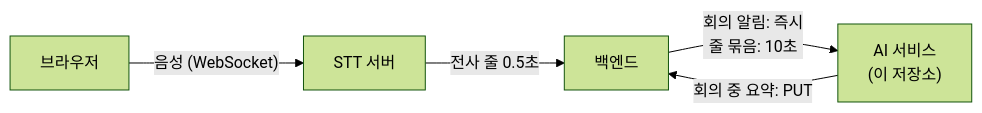
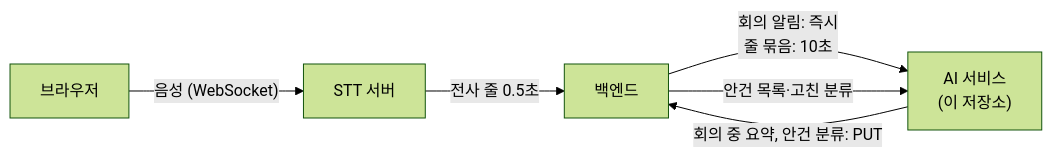
Before and after one commit to nineOuting/nineouting-ai-service: the diagram in README.md, drawn with Mermaid (forest theme). The commit also changed other lines of this file and 4 other files, not shown here.

````diff
--- a/README.md
+++ b/README.md
@@ -11,7 +11,8 @@
 ```mermaid
 flowchart LR
     A["브라우저"] -->|"음성 (WebSocket)"| B["STT 서버"]
     B -->|"전사 줄 0.5초"| C["백엔드"]
     C -->|"회의 알림: 즉시<br>줄 묶음: 10초"| D["AI 서비스<br>(이 저장소)"]
-    D -->|"회의 중 요약: PUT"| C
+    C -->|"안건 목록·고친 분류"| D
+    D -->|"회의 중 요약, 안건 분류: PUT"| C
 ```
````
